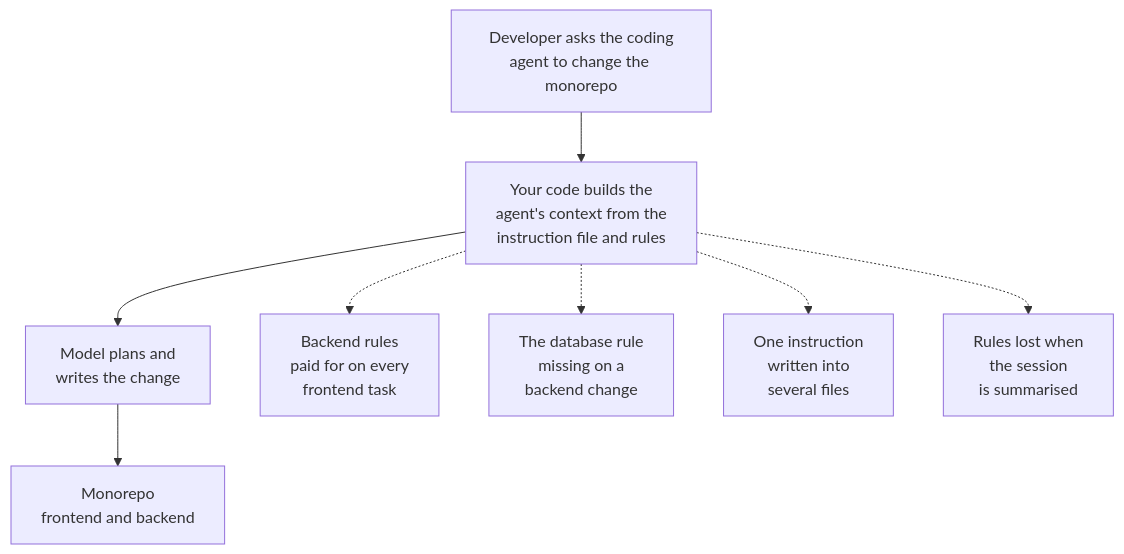
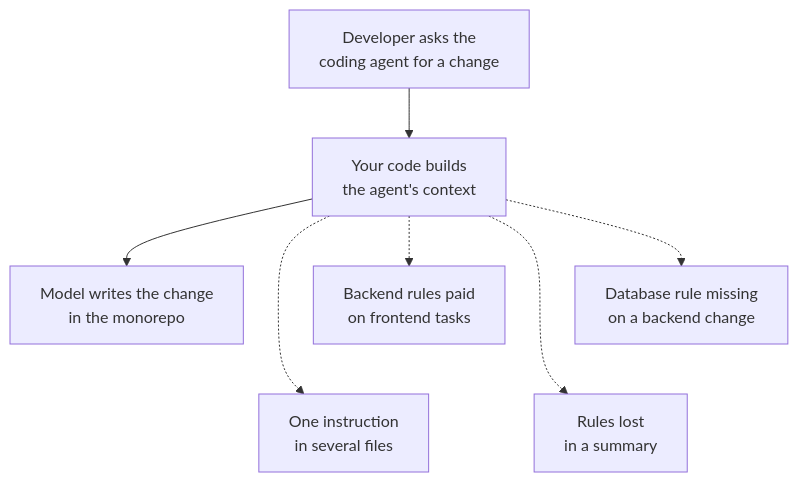
The diagram in 04-context-engineering/diagrams/context-overview.mmd (learnwithparam/ai-engineering-vaults), drawn with Mermaid before and after one commit. The commit also changed 2 other files, not shown here.

```diff
--- a/04-context-engineering/diagrams/context-overview.mmd
+++ b/04-context-engineering/diagrams/context-overview.mmd
@@ -1,17 +1,17 @@
 graph TD
-  D["Developer asks the coding<br/>agent to change the monorepo"]:::input
-  A["Your code builds the<br/>agent's context from the<br/>instruction file and rules"]:::decision
-  M["Model plans and<br/>writes the change"]:::model
-  R["Monorepo<br/>frontend and backend"]:::output
-  E1["Backend rules<br/>paid for on every<br/>frontend task"]:::risk
-  E2["The database rule<br/>missing on a<br/>backend change"]:::risk
-  E3["One instruction<br/>written into<br/>several files"]:::risk
-  E4["Rules lost when<br/>the session<br/>is summarised"]:::risk
+  D["Developer asks the<br/>coding agent for a change"]:::input
+  A["Your code builds<br/>the agent's context"]:::decision
+  M["Model writes the change<br/>in the monorepo"]:::model
+  E1["Backend rules paid<br/>on frontend tasks"]:::risk
+  E2["Database rule missing<br/>on a backend change"]:::risk
+  E3["One instruction<br/>in several files"]:::risk
+  E4["Rules lost<br/>in a summary"]:::risk
 
   D --> A
   A --> M
-  M --> R
   A -.-> E1
   A -.-> E2
   A -.-> E3
   A -.-> E4
+  E1 ~~~ E3
+  E2 ~~~ E4
```
